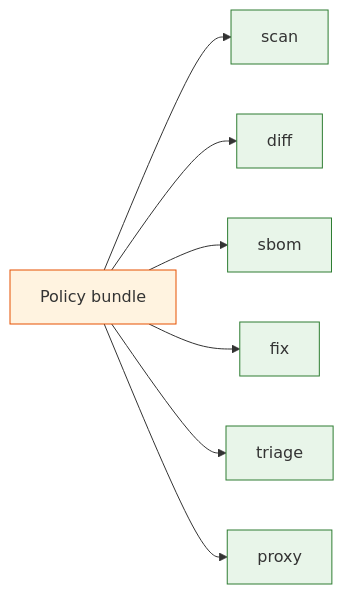
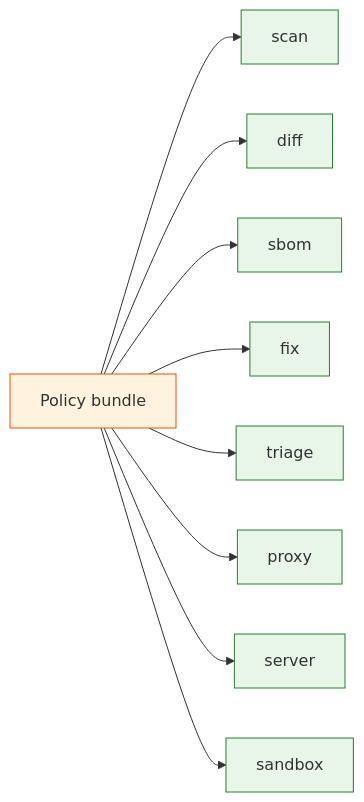
One commit to temporalio/deputy changed the diagram in docs/concepts/policies.md. Above: the diagram before and after it, drawn with Mermaid. The commit also changed other lines of this file and 222 other files, not shown here.

````diff
--- a/docs/concepts/policies.md
+++ b/docs/concepts/policies.md
@@ -15,15 +15,17 @@
 ```mermaid
 flowchart LR
   Policy[Policy bundle] --> Scan[scan]
   Policy --> Diff[diff]
   Policy --> SBOM[sbom]
   Policy --> Fix[fix]
   Policy --> Triage[triage]
   Policy --> Proxy[proxy]
+  Policy --> Server[server]
+  Policy --> Sandbox[sandbox]
 
   classDef control fill:#fff3e0,stroke:#e65100
   classDef process fill:#e8f5e9,stroke:#2e7d32
 
   class Policy control
-  class Scan,Diff,SBOM,Fix,Triage,Proxy process
+  class Scan,Diff,SBOM,Fix,Triage,Proxy,Server,Sandbox process
 ```
````
